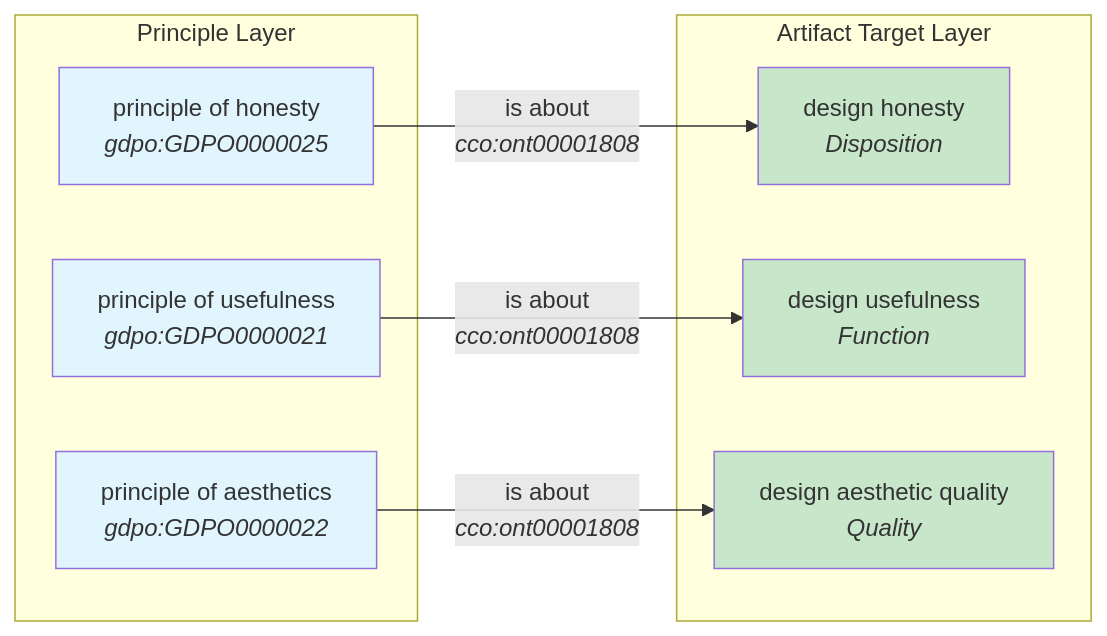
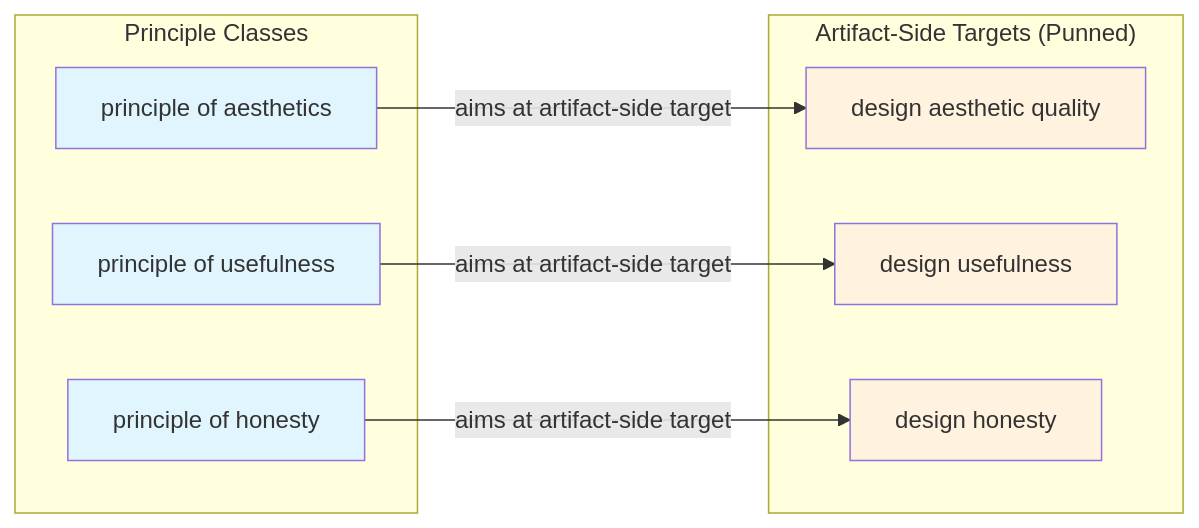
The fifth of 9 diagrams in docs/design-pattern-diagrams.md (TimothyWColeman/GoodDesignPrinciplesOntology), drawn with Mermaid before and after one commit. The commit also changed other lines of this file and 12 other files, not shown here.

````diff
--- a/docs/design-pattern-diagrams.md
+++ b/docs/design-pattern-diagrams.md
@@ -117,25 +198,25 @@
 ```mermaid
 graph LR
-    subgraph "Principle Layer"
-        PH[principle of honesty<br/><i>gdpo:GDPO0000025</i>]
-        PU[principle of usefulness<br/><i>gdpo:GDPO0000021</i>]
-        PA[principle of aesthetics<br/><i>gdpo:GDPO0000022</i>]
+    subgraph Principles["Principle Classes"]
+        PA[principle of aesthetics]
+        PU[principle of usefulness]
+        PH[principle of honesty]
     end
     
-    subgraph "Artifact Target Layer"
-        DH[design honesty<br/><i>Disposition</i>]
-        DU[design usefulness<br/><i>Function</i>]
-        DAQ[design aesthetic quality<br/><i>Quality</i>]
+    subgraph Targets["Artifact-Side Targets (Punned)"]
+        AQ[design aesthetic quality]
+        UF[design usefulness]
+        DH[design honesty]
     end
     
-    PH -->|is about<br/><i>cco:ont00001808</i>| DH
-    PU -->|is about<br/><i>cco:ont00001808</i>| DU
-    PA -->|is about<br/><i>cco:ont00001808</i>| DAQ
+    PA -->|aims at artifact-side target| AQ
+    PU -->|aims at artifact-side target| UF
+    PH -->|aims at artifact-side target| DH
     
+    style PA fill:#e1f5fe
+    style PU fill:#e1f5fe
     style PH fill:#e1f5fe
-    style PU fill:#e1f5fe
-    style PA fill:#e1f5fe
-    style DH fill:#c8e6c9
-    style DU fill:#c8e6c9
-    style DAQ fill:#c8e6c9
+    style AQ fill:#fff3e0
+    style UF fill:#fff3e0
+    style DH fill:#fff3e0
 ```
````
